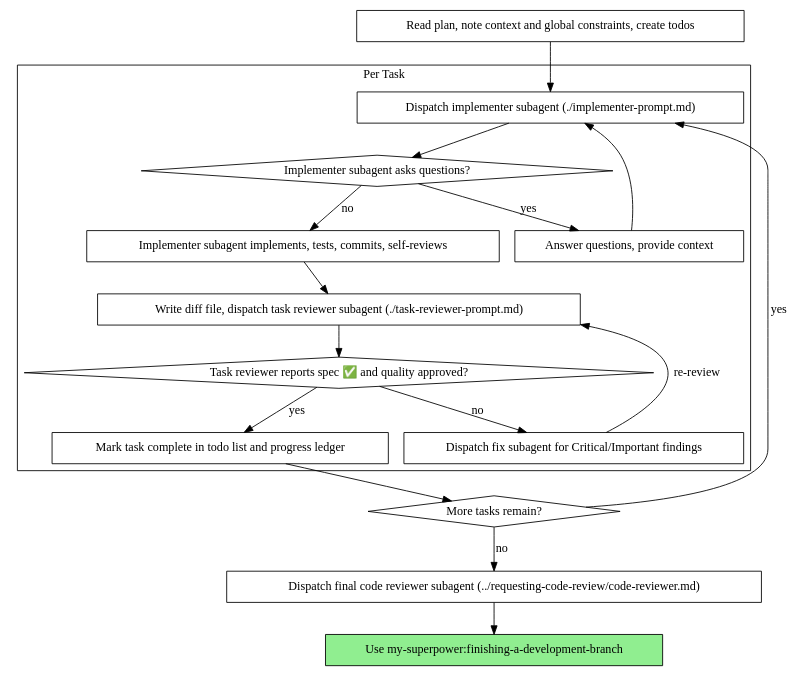
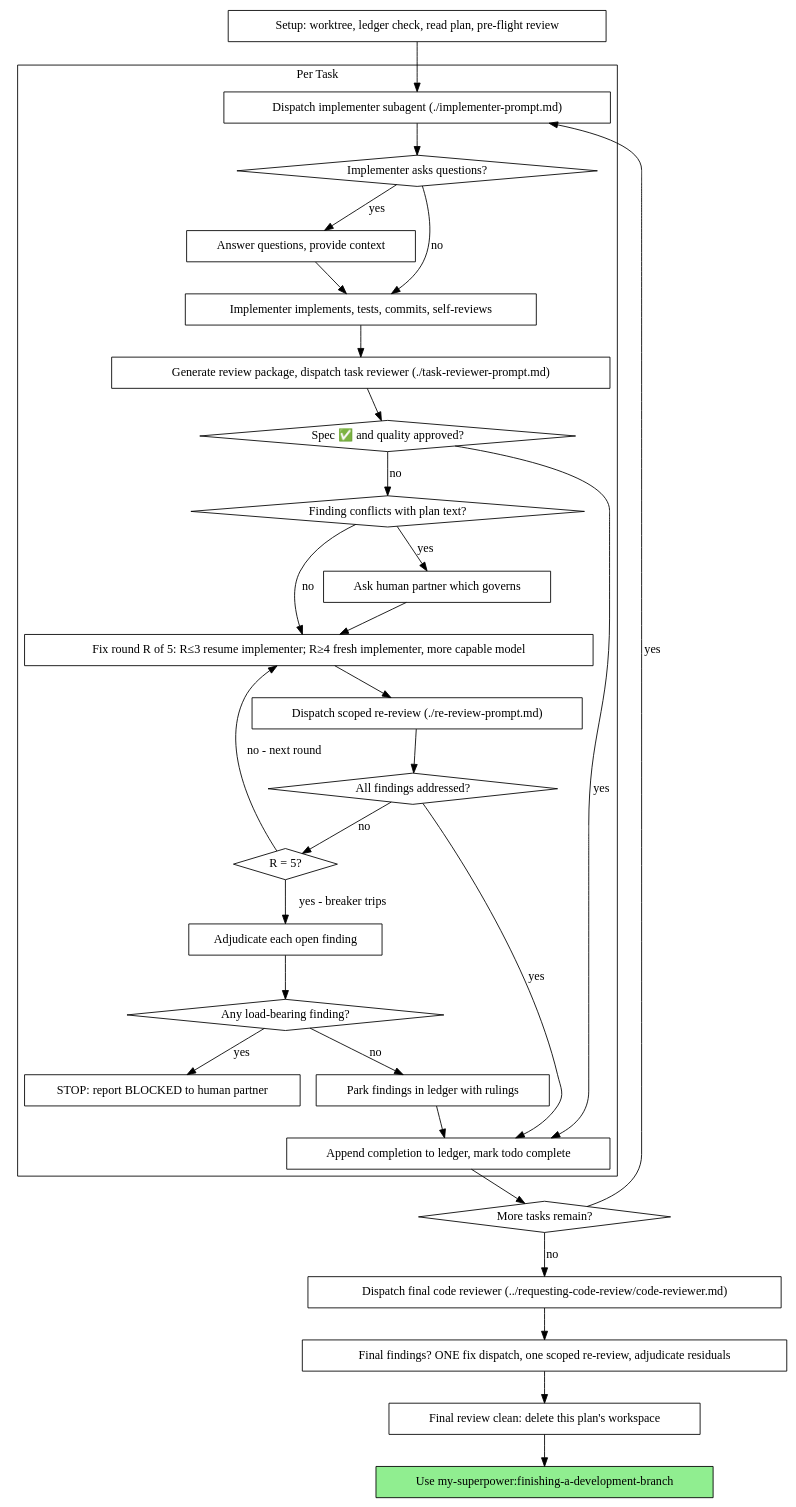
Before and after one commit to bill-atchison/mySuperpower: the second of 2 diagrams in skills/subagent-driven-development/SKILL.md, drawn with Graphviz. The commit also changed other lines of this file and 79 other files, not shown here.

````diff
--- a/skills/subagent-driven-development/SKILL.md
+++ b/skills/subagent-driven-development/SKILL.md
@@ -47,37 +47,62 @@
 ```dot
 digraph process {
     rankdir=TB;
 
     subgraph cluster_per_task {
         label="Per Task";
         "Dispatch implementer subagent (./implementer-prompt.md)" [shape=box];
-        "Implementer subagent asks questions?" [shape=diamond];
+        "Implementer asks questions?" [shape=diamond];
         "Answer questions, provide context" [shape=box];
-        "Implementer subagent implements, tests, commits, self-reviews" [shape=box];
-        "Write diff file, dispatch task reviewer subagent (./task-reviewer-prompt.md)" [shape=box];
-        "Task reviewer reports spec ✅ and quality approved?" [shape=diamond];
-        "Dispatch fix subagent for Critical/Important findings" [shape=box];
-        "Mark task complete in todo list and progress ledger" [shape=box];
+        "Implementer implements, tests, commits, self-reviews" [shape=box];
+        "Generate review package, dispatch task reviewer (./task-reviewer-prompt.md)" [shape=box];
+        "Spec ✅ and quality approved?" [shape=diamond];
+        "Finding conflicts with plan text?" [shape=diamond];
+        "Ask human partner which governs" [shape=box];
+        "Fix round R of 5: R≤3 resume implementer; R≥4 fresh implementer, more capable model" [shape=box];
+        "Dispatch scoped re-review (./re-review-prompt.md)" [shape=box];
+        "All findings addressed?" [shape=diamond];
+        "R = 5?" [shape=diamond];
+        "Adjudicate each open finding" [shape=box];
+        "Any load-bearing finding?" [shape=diamond];
+        "STOP: report BLOCKED to human partner" [shape=box];
+        "Park findings in ledger with rulings" [shape=box];
+        "Append completion to ledger, mark todo complete" [shape=box];
     }
 
-    "Read plan, note context and global constraints, create todos" [shape=box];
+    "Setup: worktree, ledger check, read plan, pre-flight review" [shape=box];
     "More tasks remain?" [shape=diamond];
-    "Dispatch final code reviewer subagent (../requesting-code-review/code-reviewer.md)" [shape=box];
+    "Dispatch final code reviewer (../requesting-code-review/code-reviewer.md)" [shape=box];
+    "Final findings? ONE fix dispatch, one scoped re-review, adjudicate residuals" [shape=box];
+    "Final review clean: delete this plan's workspace" [shape=box];
     "Use my-superpower:finishing-a-development-branch" [shape=box style=filled fillcolor=lightgreen];
 
-    "Read plan, note context and global constraints, create todos" -> "Dispatch implementer subagent (./implementer-prompt.md)";
-    "Dispatch implementer subagent (./implementer-prompt.md)" -> "Implementer subagent asks questions?";
-    "Implementer subagent asks questions?" -> "Answer questions, provide context" [label="yes"];
-    "Answer questions, provide context" -> "Dispatch implementer subagent (./implementer-prompt.md)";
-    "Implementer subagent asks questions?" -> "Implementer subagent implements, tests, commits, self-reviews" [label="no"];
-    "Implementer subagent implements, tests, commits, self-reviews" -> "Write diff file, dispatch task reviewer subagent (./task-reviewer-prompt.md)";
-    "Write diff file, dispatch task reviewer subagent (./task-reviewer-prompt.md)" -> "Task reviewer reports spec ✅ and quality approved?";
-    "Task reviewer reports spec ✅ and quality approved?" -> "Dispatch fix subagent for Critical/Important findings" [label="no"];
-    "Dispatch fix subagent for Critical/Important findings" -> "Write diff file, dispatch task reviewer subagent (./task-reviewer-prompt.md)" [label="re-review"];
-    "Task reviewer reports spec ✅ and quality approved?" -> "Mark task complete in todo list and progress ledger" [label="yes"];
-    "Mark task complete in todo list and progress ledger" -> "More tasks remain?";
+    "Setup: worktree, ledger check, read plan, pre-flight review" -> "Dispatch implementer subagent (./implementer-prompt.md)";
+    "Dispatch implementer subagent (./implementer-prompt.md)" -> "Implementer asks questions?";
+    "Implementer asks questions?" -> "Answer questions, provide context" [label="yes"];
+    "Answer questions, provide context" -> "Implementer implements, tests, commits, self-reviews";
+    "Implementer asks questions?" -> "Implementer implements, tests, commits, self-reviews" [label="no"];
+    "Implementer implements, tests, commits, self-reviews" -> "Generate review package, dispatch task reviewer (./task-reviewer-prompt.md)";
+    "Generate review package, dispatch task reviewer (./task-reviewer-prompt.md)" -> "Spec ✅ and quality approved?";
+    "Spec ✅ and quality approved?" -> "Append completion to ledger, mark todo complete" [label="yes"];
+    "Spec ✅ and quality approved?" -> "Finding conflicts with plan text?" [label="no"];
+    "Finding conflicts with plan text?" -> "Ask human partner which governs" [label="yes"];
+    "Ask human partner which governs" -> "Fix round R of 5: R≤3 resume implementer; R≥4 fresh implementer, more capable model";
+    "Finding conflicts with plan text?" -> "Fix round R of 5: R≤3 resume implementer; R≥4 fresh implementer, more capable model" [label="no"];
+    "Fix round R of 5: R≤3 resume implementer; R≥4 fresh implementer, more capable model" -> "Dispatch scoped re-review (./re-review-prompt.md)";
+    "Dispatch scoped re-review (./re-review-prompt.md)" -> "All findings addressed?";
+    "All findings addressed?" -> "Append completion to ledger, mark todo complete" [label="yes"];
+    "All findings addressed?" -> "R = 5?" [label="no"];
+    "R = 5?" -> "Fix round R of 5: R≤3 resume implementer; R≥4 fresh implementer, more capable model" [label="no - next round"];
+    "R = 5?" -> "Adjudicate each open finding" [label="yes - breaker trips"];
+    "Adjudicate each open finding" -> "Any load-bearing finding?";
+    "Any load-bearing finding?" -> "STOP: report BLOCKED to human partner" [label="yes"];
+    "Any load-bearing finding?" -> "Park findings in ledger with rulings" [label="no"];
+    "Park findings in ledger with rulings" -> "Append completion to ledger, mark todo complete";
+    "Append completion to ledger, mark todo complete" -> "More tasks remain?";
     "More tasks remain?" -> "Dispatch implementer subagent (./implementer-prompt.md)" [label="yes"];
-    "More tasks remain?" -> "Dispatch final code reviewer subagent (../requesting-code-review/code-reviewer.md)" [label="no"];
-    "Dispatch final code reviewer subagent (../requesting-code-review/code-reviewer.md)" -> "Use my-superpower:finishing-a-development-branch";
+    "More tasks remain?" -> "Dispatch final code reviewer (../requesting-code-review/code-reviewer.md)" [label="no"];
+    "Dispatch final code reviewer (../requesting-code-review/code-reviewer.md)" -> "Final findings? ONE fix dispatch, one scoped re-review, adjudicate residuals";
+    "Final findings? ONE fix dispatch, one scoped re-review, adjudicate residuals" -> "Final review clean: delete this plan's workspace";
+    "Final review clean: delete this plan's workspace" -> "Use my-superpower:finishing-a-development-branch";
 }
 ```
````
